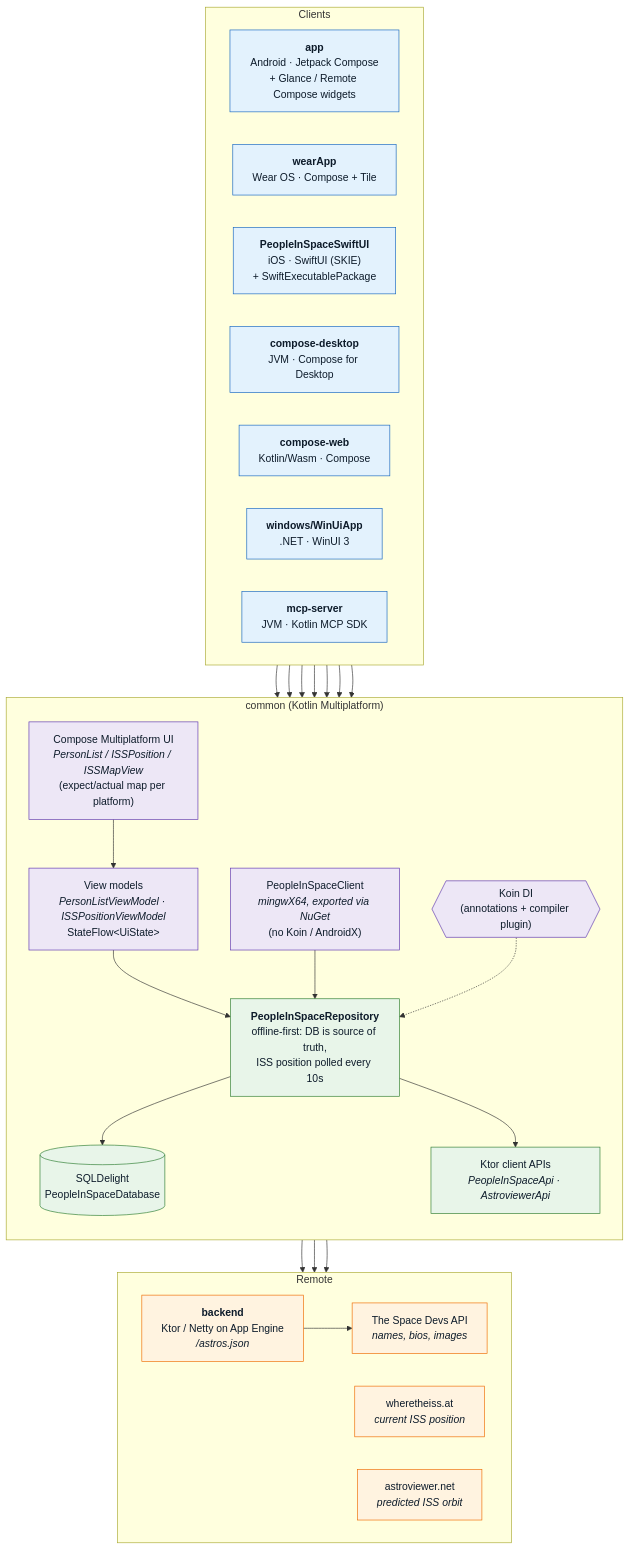
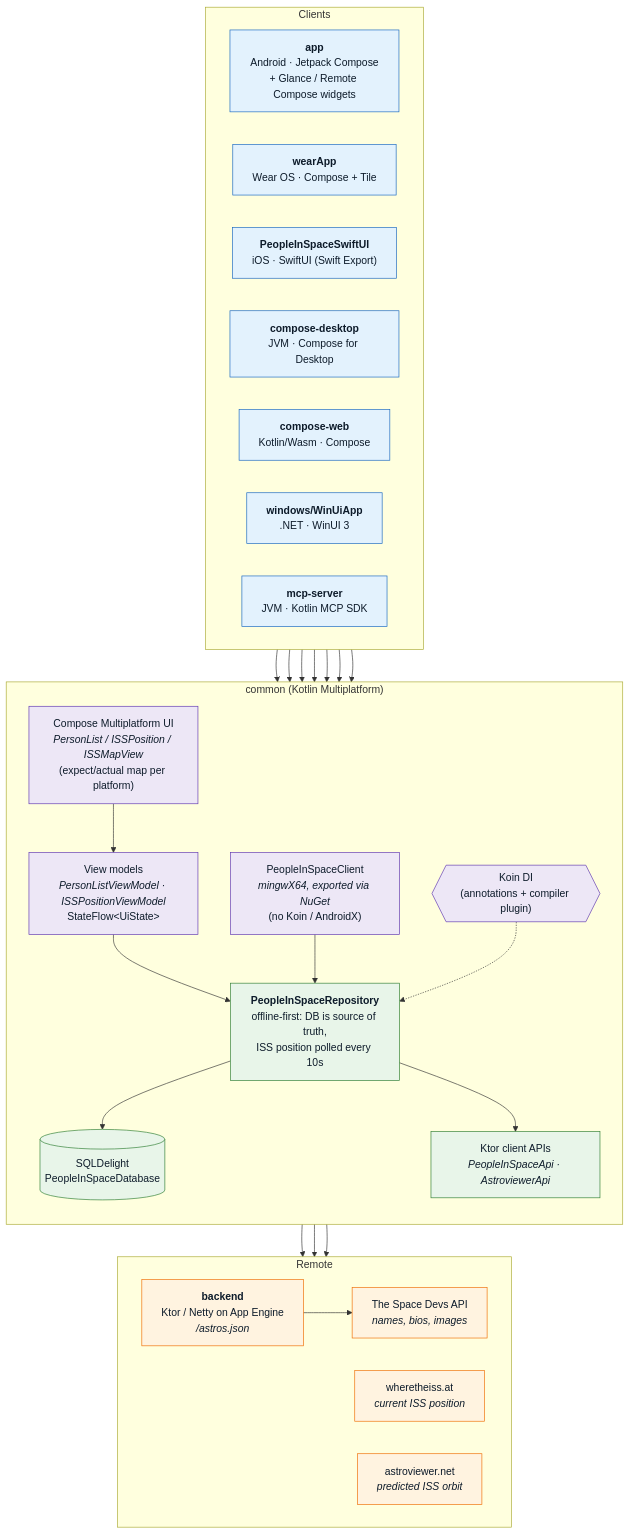
One commit to joreilly/PeopleInSpace changed the diagram in README.md. Above: the diagram before and after it, drawn with Mermaid. The commit also changed other lines of this file and 4 other files, not shown here.

First line of the commit message:
Remove SwiftExecutablePackage and stale SKIE references (#557)

````diff
--- a/README.md
+++ b/README.md
@@ -30,61 +29,61 @@
 ```mermaid
 flowchart TB
     subgraph clients["Clients"]
         direction LR
         android["<b>app</b><br/>Android · Jetpack Compose<br/>+ Glance / Remote Compose widgets"]
         wear["<b>wearApp</b><br/>Wear OS · Compose + Tile"]
-        ios["<b>PeopleInSpaceSwiftUI</b><br/>iOS · SwiftUI (SKIE)<br/>+ SwiftExecutablePackage"]
+        ios["<b>PeopleInSpaceSwiftUI</b><br/>iOS · SwiftUI (Swift Export)"]
         desktop["<b>compose-desktop</b><br/>JVM · Compose for Desktop"]
         web["<b>compose-web</b><br/>Kotlin/Wasm · Compose"]
         winui["<b>windows/WinUiApp</b><br/>.NET · WinUI 3"]
         mcp["<b>mcp-server</b><br/>JVM · Kotlin MCP SDK"]
     end
 
     subgraph common["common (Kotlin Multiplatform)"]
         direction TB
         cmpui["Compose Multiplatform UI<br/><i>PersonList / ISSPosition / ISSMapView</i><br/>(expect/actual map per platform)"]
         vm["View models<br/><i>PersonListViewModel · ISSPositionViewModel</i><br/>StateFlow&lt;UiState&gt;"]
         winclient["PeopleInSpaceClient<br/><i>mingwX64, exported via NuGet</i><br/>(no Koin / AndroidX)"]
         repo["<b>PeopleInSpaceRepository</b><br/>offline-first: DB is source of truth,<br/>ISS position polled every 10s"]
         db[("SQLDelight<br/>PeopleInSpaceDatabase")]
         api["Ktor client APIs<br/><i>PeopleInSpaceApi · AstroviewerApi</i>"]
         koin{{"Koin DI<br/>(annotations + compiler plugin)"}}
 
         cmpui --> vm
         vm --> repo
         winclient --> repo
         repo --> db
         repo --> api
         koin -.-> repo
     end
 
     subgraph remote["Remote"]
         direction LR
         backend["<b>backend</b><br/>Ktor / Netty on App Engine<br/><i>/astros.json</i>"]
         spacedevs["The Space Devs API<br/><i>names, bios, images</i>"]
         wheretheiss["wheretheiss.at<br/><i>current ISS position</i>"]
         astroviewer["astroviewer.net<br/><i>predicted ISS orbit</i>"]
     end
 
     android --> cmpui
     wear --> repo
     ios --> cmpui
     desktop --> cmpui
     web --> cmpui
     winui --> winclient
     mcp --> repo
 
     api --> backend
     api --> wheretheiss
     api --> astroviewer
     backend --> spacedevs
 
     classDef client fill:#e3f2fd,stroke:#1565c0,color:#0d1b2a
     classDef shared fill:#ede7f6,stroke:#5e35b1,color:#0d1b2a
     classDef data fill:#e8f5e9,stroke:#2e7d32,color:#0d1b2a
     classDef service fill:#fff3e0,stroke:#ef6c00,color:#0d1b2a
     class android,wear,ios,desktop,web,winui,mcp client
     class cmpui,vm,winclient,koin shared
     class repo,db,api data
     class backend,spacedevs,wheretheiss,astroviewer service
 ```
````
